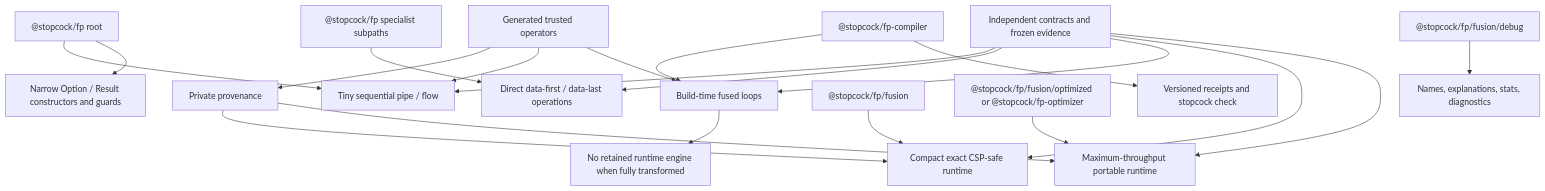
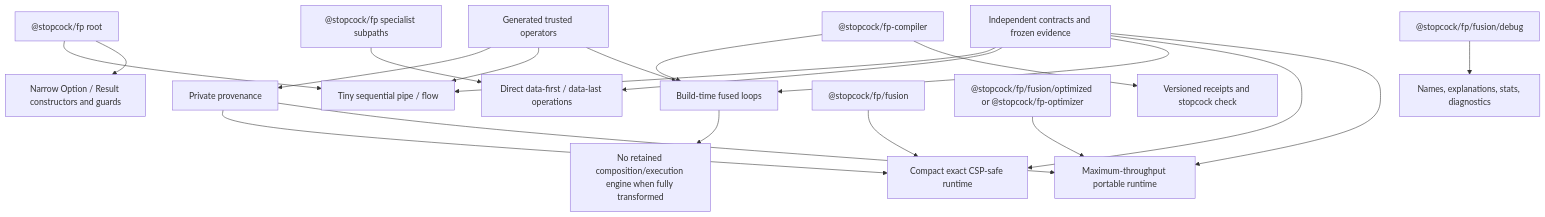
One commit to tdeaks/stopcock changed the first of 2 diagrams in docs/superpowers/plans/2026-07-24-stopcock-v2-performance-density-superplan.md. Above: the diagram before and after it, drawn with Mermaid. The commit also changed other lines of this file and 2 other files, not shown here.

````diff
--- a/docs/superpowers/plans/2026-07-24-stopcock-v2-performance-density-superplan.md
+++ b/docs/superpowers/plans/2026-07-24-stopcock-v2-performance-density-superplan.md
@@ -182,27 +184,27 @@
 ```mermaid
 flowchart TD
   R["@stopcock/fp root"] --> RS["Tiny sequential pipe / flow"]
   R --> RO["Narrow Option / Result constructors and guards"]
 
   D["@stopcock/fp specialist subpaths"] --> DA["Direct data-first / data-last operations"]
 
   C["@stopcock/fp-compiler"] --> CL["Build-time fused loops"]
-  CL --> CZ["No retained runtime engine when fully transformed"]
+  CL --> CZ["No retained composition/execution engine when fully transformed"]
   C --> CR["Versioned receipts and stopcock check"]
 
   F["@stopcock/fp/fusion"] --> FC["Compact exact CSP-safe runtime"]
   O["@stopcock/fp/fusion/optimized or @stopcock/fp-optimizer"] --> FO["Maximum-throughput portable runtime"]
   G["@stopcock/fp/fusion/debug"] --> GD["Names, explanations, stats, diagnostics"]
 
   P["Generated trusted operators"] --> T["Private provenance"]
   T --> FC
   T --> FO
   P --> RS
   P --> CL
 
   B["Independent contracts and frozen evidence"] --> RS
   B --> DA
   B --> CL
   B --> FC
   B --> FO
 ```
````
